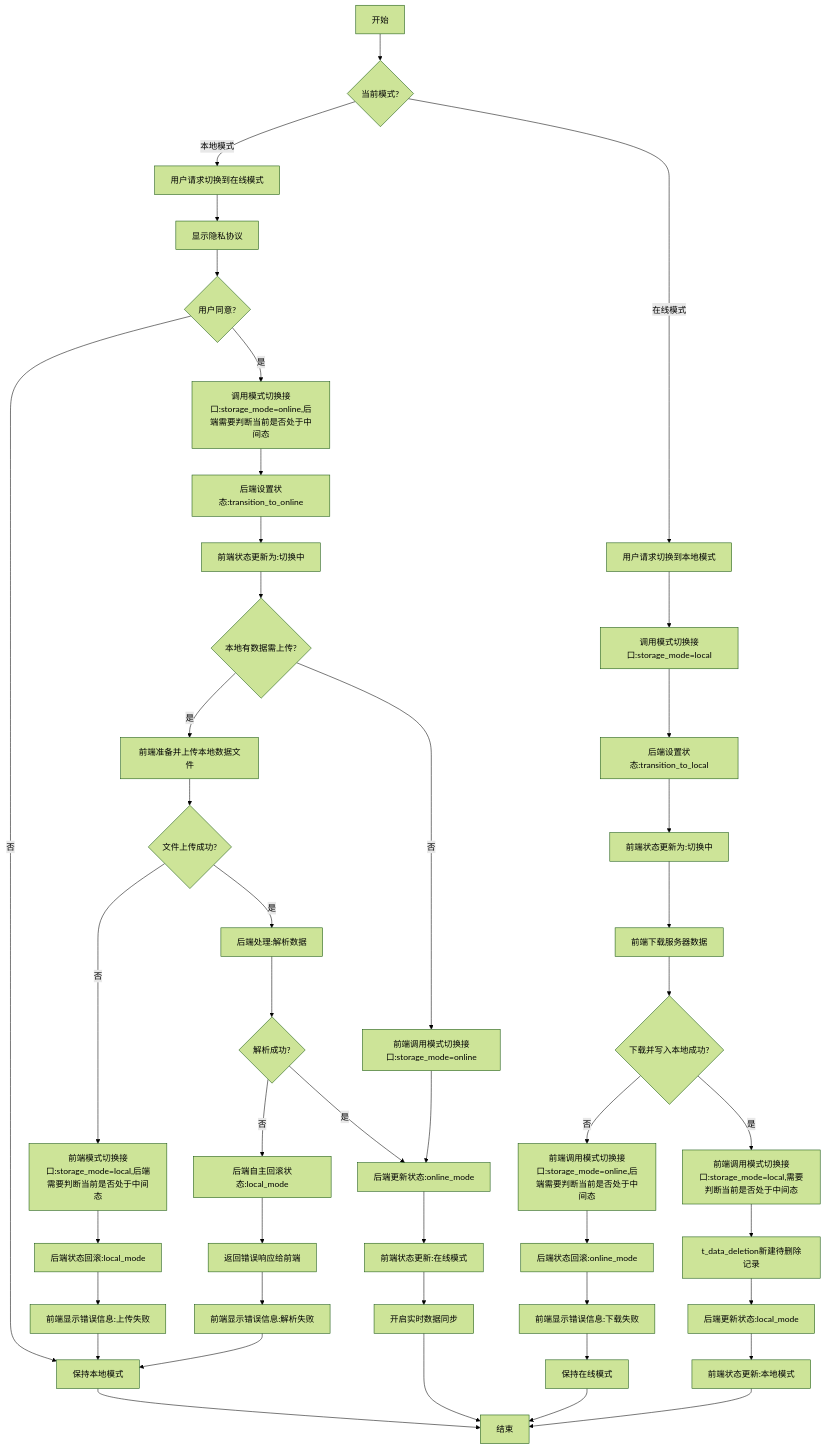
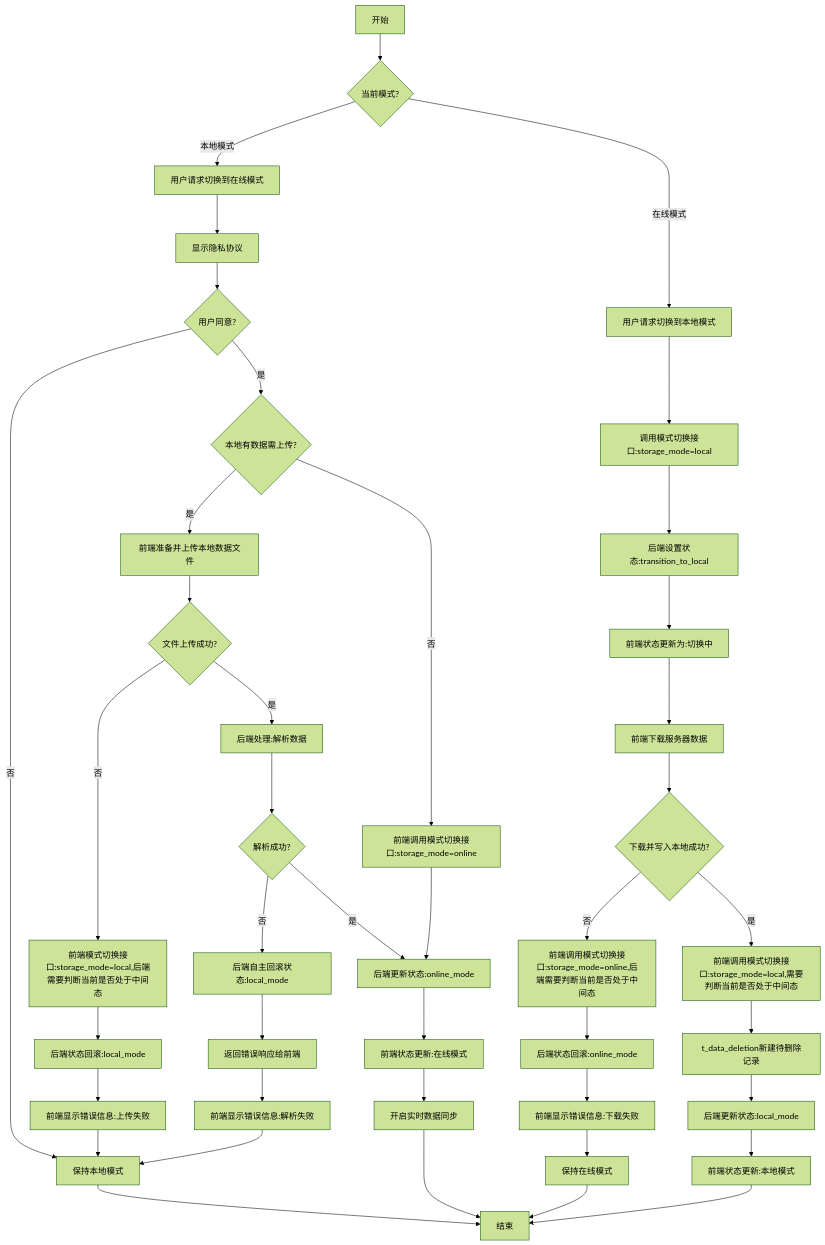
One commit to yingjianzh/iodraw-files changed the diagram in all/未命名-68.md. Above: the diagram before and after it, drawn with Mermaid (forest theme).

Commit message:
2025-06-04 09:56:41 update

````diff
--- a/all/未命名-68.md
+++ b/all/未命名-68.md
@@ -1,71 +1,67 @@
 ```mermaid
 
 flowchart TD
     A[开始] --> B{当前模式?}
     
     %% 本地模式转在线模式
     B -->|本地模式| C[用户请求切换到在线模式]
     C --> D[显示隐私协议]
     D --> E{用户同意?}
 
 
     E -->|否| F[保持本地模式]
     F --> Z[结束]
     
-    E -->|是| G[调用模式切换接口:storage_mode=online,后端需要判断当前是否处于中间态]
-    G --> H[后端设置状态:transition_to_online]
-    H --> I[前端状态更新为:切换中]
-    
-    I --> J{本地有数据需上传?}
+    E -->|是| J{本地有数据需上传?}
     
     %% 有本地数据需上传的情况
     J -->|是| K[前端准备并上传本地数据文件]
     K --> L{文件上传成功?}
     
     %% 上传失败的情况
     L -->|否| M[前端模式切换接口:storage_mode=local,后端需要判断当前是否处于中间态]
     M --> N[后端状态回滚:local_mode]
     N --> O[前端显示错误信息:上传失败]
     O --> F
     
     %% 上传成功但解析失败的情况
     L -->|是| P[后端处理:解析数据]
     P --> Q{解析成功?}
     Q -->|否| R[后端自主回滚状态:local_mode]
     R --> S[返回错误响应给前端]
     S --> T[前端显示错误信息:解析失败]
     T --> F
     
     %% 全部成功的情况
     Q -->|是| U[后端更新状态:online_mode]
     J -->|否| V[前端调用模式切换接口:storage_mode=online]
     V --> U
     
     U --> W[前端状态更新:在线模式]
     W --> X[开启实时数据同步]
     X --> Z
     
     %% 在线模式转本地模式
     B -->|在线模式| AA[用户请求切换到本地模式]
     AA --> AB[调用模式切换接口:storage_mode=local]
     AB --> AC[后端设置状态:transition_to_local]
     AC --> AD[前端状态更新为:切换中]
     
     AD --> AE[前端下载服务器数据]
     AE --> AF{下载并写入本地成功?}
     
     %% 下载失败的情况
     AF -->|否| AG[前端调用模式切换接口:storage_mode=online,后端需要判断当前是否处于中间态]
     AG --> AH[后端状态回滚:online_mode]
     AH --> AI[前端显示错误信息:下载失败]
     AI --> AJ[保持在线模式]
     AJ --> Z
     
     %% 下载成功的情况
     AF -->|是| AK[前端调用模式切换接口:storage_mode=local,需要判断当前是否处于中间态]
     AK --> AL[t_data_deletion新建待删除记录]
     AL --> AM[后端更新状态:local_mode]
     AM --> AN[前端状态更新:本地模式]
     AN --> Z
 
 ```
````
